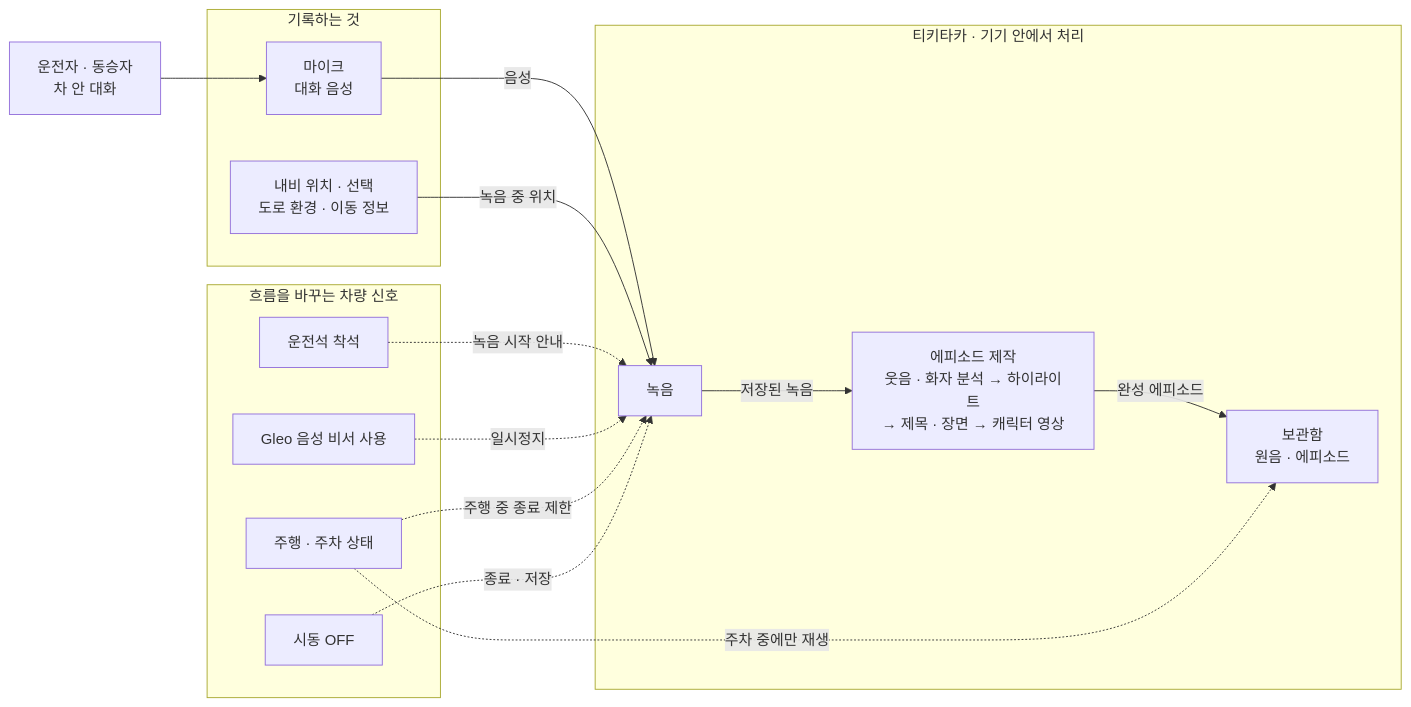
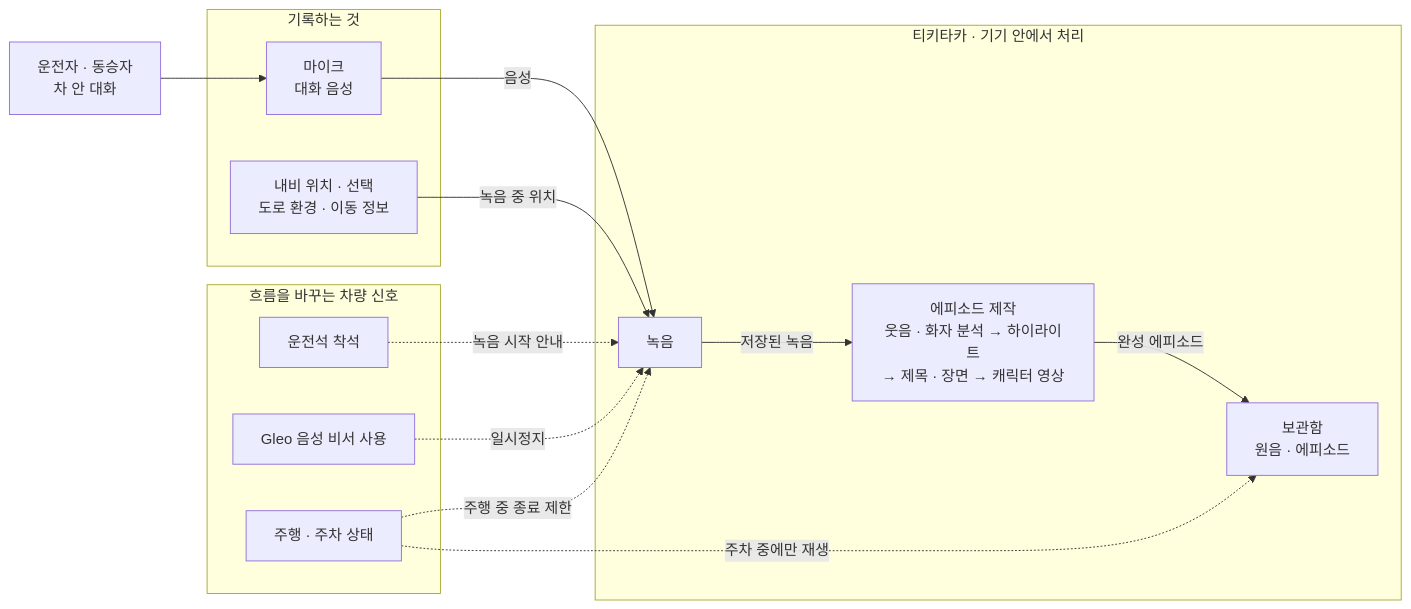
One commit to Controllls/tikitaka changed the first of 4 diagrams in README.md. Above: the diagram before and after it, drawn with Mermaid. The commit also changed other lines of this file and 2 other files, not shown here.

Commit message:
docs: point to the 1.2.2 release and describe the ignition-off removal

````diff
--- a/README.md
+++ b/README.md
@@ -61,33 +61,31 @@
 ```mermaid
 flowchart LR
     talk["운전자 · 동승자<br/>차 안 대화"]
 
     subgraph source["기록하는 것"]
         mic["마이크<br/>대화 음성"]
         navi["내비 위치 · 선택<br/>도로 환경 · 이동 정보"]
     end
 
     subgraph signal["흐름을 바꾸는 차량 신호"]
         seat["운전석 착석"]
         gleo["Gleo 음성 비서 사용"]
         drive["주행 · 주차 상태"]
-        ignition["시동 OFF"]
     end
 
     subgraph app["티키타카 · 기기 안에서 처리"]
         record["녹음"]
         make["에피소드 제작<br/>웃음 · 화자 분석 → 하이라이트<br/>→ 제목 · 장면 → 캐릭터 영상"]
         library["보관함<br/>원음 · 에피소드"]
     end
 
     talk --> mic
     mic -- "음성" --> record
     navi -- "녹음 중 위치" --> record
     record -- "저장된 녹음" --> make -- "완성 에피소드" --> library
 
     seat -. "녹음 시작 안내" .-> record
     gleo -. "일시정지" .-> record
     drive -. "주행 중 종료 제한" .-> record
-    ignition -. "종료 · 저장" .-> record
     drive -. "주차 중에만 재생" .-> library
 ```
````
